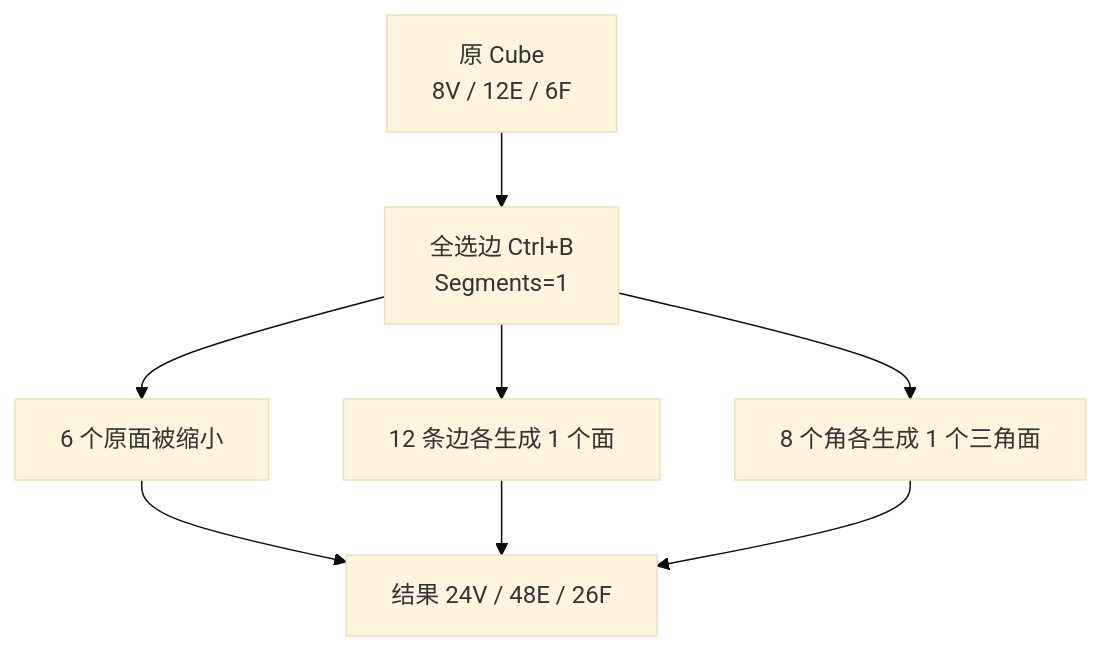
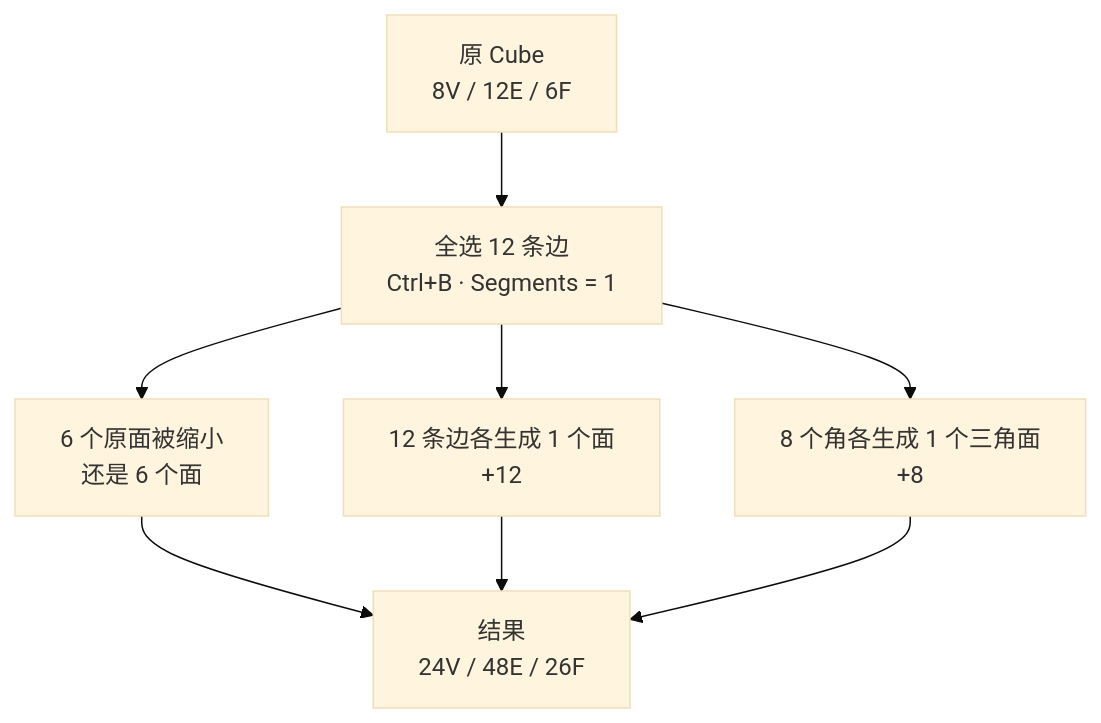
Before and after one commit to liuchamp/blenderdsv1: the fourth of 44 diagrams in Blender笔记/00-基础/06-倒角-Bevel.md, drawn with Mermaid (base theme). The commit also changed other lines of this file and 16 other files, not shown here.

````diff
--- a/Blender笔记/00-基础/06-倒角-Bevel.md
+++ b/Blender笔记/00-基础/06-倒角-Bevel.md
@@ -33,8 +80,8 @@
 ```mermaid
 flowchart TD
-    A["原 Cube<br/>8V / 12E / 6F"] --> B["全选边 Ctrl+B<br/>Segments=1"]
-    B --> C["6 个原面被缩小"]
-    B --> D["12 条边各生成 1 个面"]
-    B --> E["8 个角各生成 1 个三角面"]
-    C & D & E --> F["结果 24V / 48E / 26F"]
+    A["原 Cube<br/>8V / 12E / 6F"] --> B["全选 12 条边<br/>Ctrl+B · Segments = 1"]
+    B --> C["6 个原面被缩小<br/>还是 6 个面"]
+    B --> D["12 条边各生成 1 个面<br/>+12"]
+    B --> E["8 个角各生成 1 个三角面<br/>+8"]
+    C & D & E --> F["结果<br/>24V / 48E / 26F"]
 ```
````
